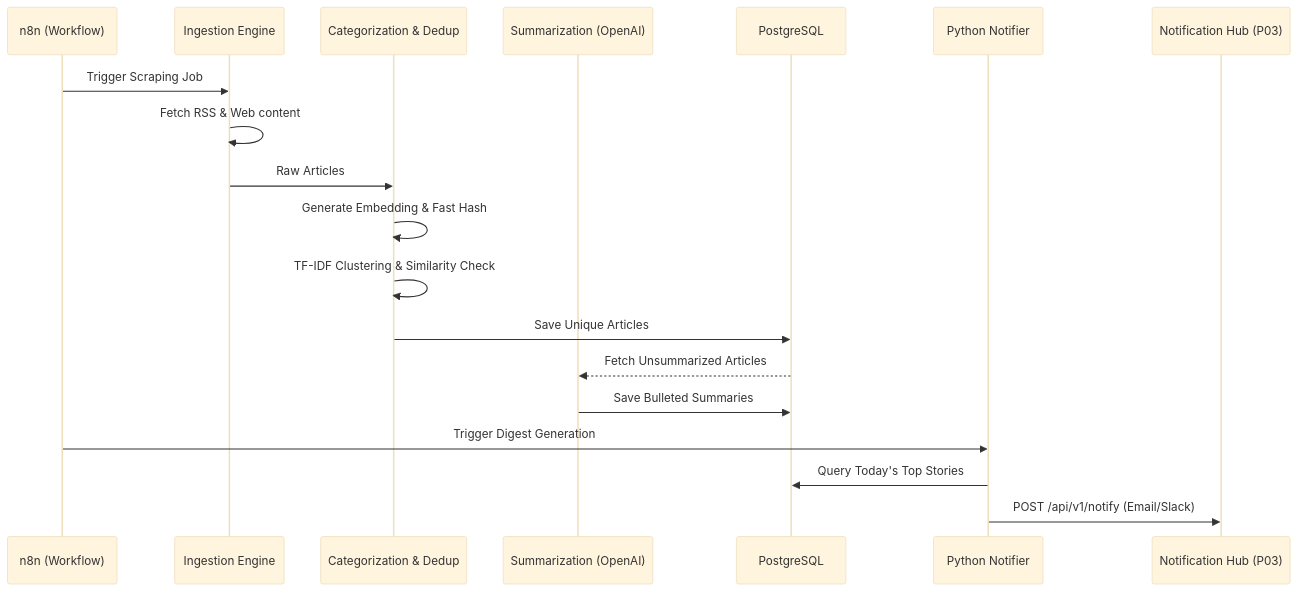
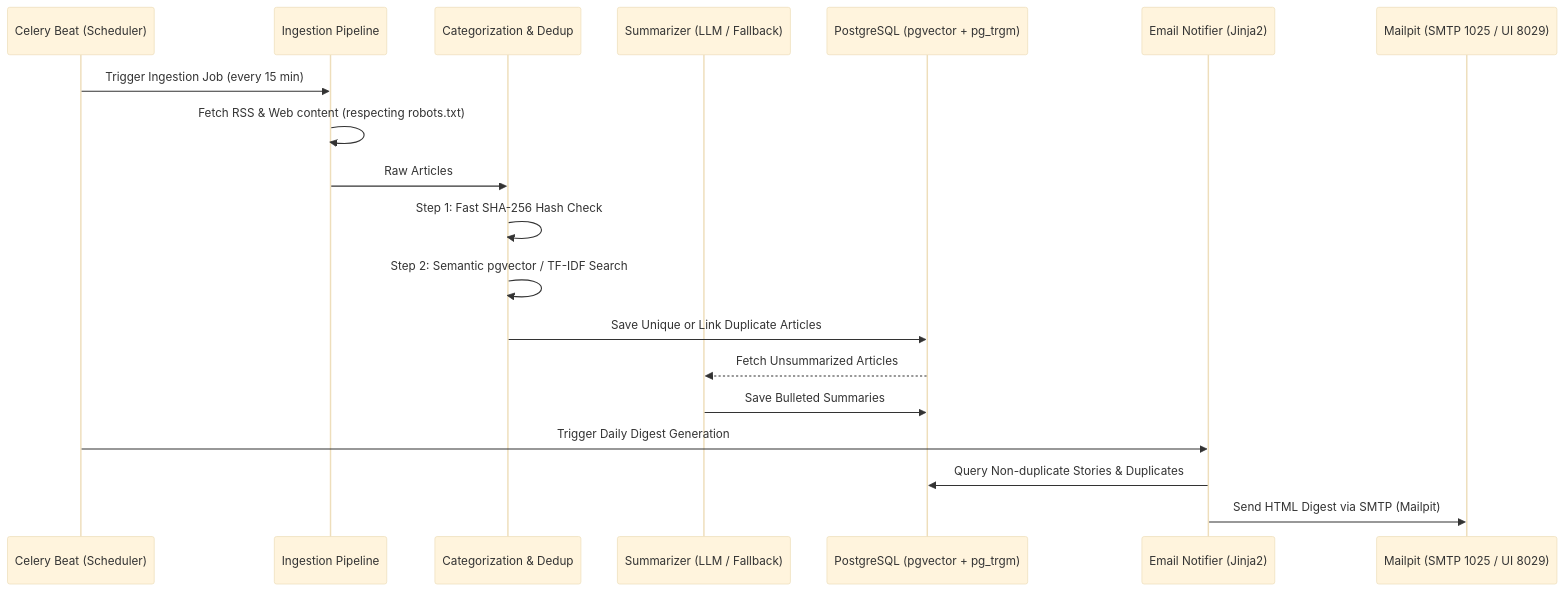
The diagram in Portfolio-Automation/09-news-aggregator/README.md (valarcon1226/IBM-Agentric-IA-labs), drawn with Mermaid (base theme) before and after one commit. The commit also changed other lines of this file and 1 other file, not shown here.

````diff
--- a/Portfolio-Automation/09-news-aggregator/README.md
+++ b/Portfolio-Automation/09-news-aggregator/README.md
@@ -12,22 +12,22 @@
 ```mermaid
 sequenceDiagram
-    participant Sched as n8n (Workflow)
-    participant Ingest as Ingestion Engine
+    participant Sched as Celery Beat (Scheduler)
+    participant Ingest as Ingestion Pipeline
     participant NLP as Categorization & Dedup
-    participant LLM as Summarization (OpenAI)
-    participant DB as PostgreSQL
-    participant Deliv as Python Notifier
-    participant Output as Notification Hub (P03)
+    participant LLM as Summarizer (LLM / Fallback)
+    participant DB as PostgreSQL (pgvector + pg_trgm)
+    participant Deliv as Email Notifier (Jinja2)
+    participant Output as Mailpit (SMTP 1025 / UI 8029)
     
-    Sched->>Ingest: Trigger Scraping Job
-    Ingest->>Ingest: Fetch RSS & Web content
+    Sched->>Ingest: Trigger Ingestion Job (every 15 min)
+    Ingest->>Ingest: Fetch RSS & Web content (respecting robots.txt)
     Ingest->>NLP: Raw Articles
-    NLP->>NLP: Generate Embedding & Fast Hash
-    NLP->>NLP: TF-IDF Clustering & Similarity Check
-    NLP->>DB: Save Unique Articles
+    NLP->>NLP: Step 1: Fast SHA-256 Hash Check
+    NLP->>NLP: Step 2: Semantic pgvector / TF-IDF Search
+    NLP->>DB: Save Unique or Link Duplicate Articles
     DB-->>LLM: Fetch Unsummarized Articles
     LLM->>DB: Save Bulleted Summaries
-    Sched->>Deliv: Trigger Digest Generation
-    Deliv->>DB: Query Today's Top Stories
-    Deliv->>Output: POST /api/v1/notify (Email/Slack)
+    Sched->>Deliv: Trigger Daily Digest Generation
+    Deliv->>DB: Query Non-duplicate Stories & Duplicates
+    Deliv->>Output: Send HTML Digest via SMTP (Mailpit)
 ```
````
